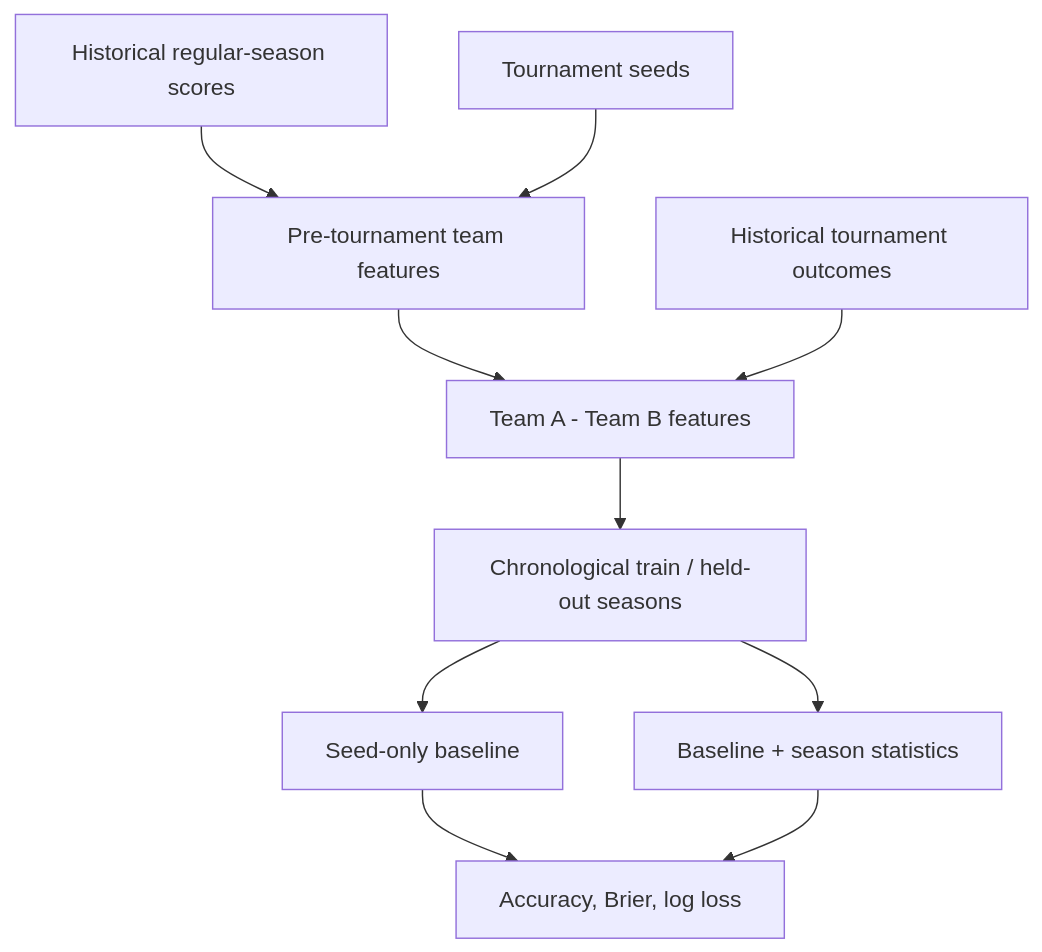
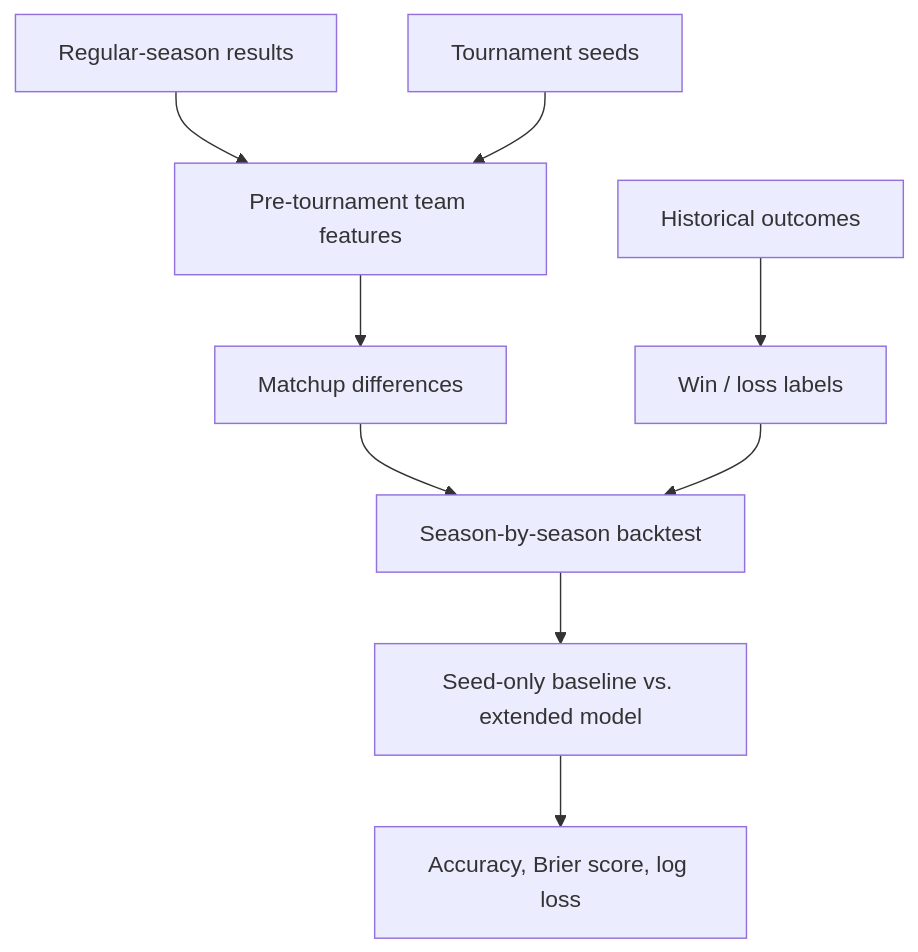
The diagram in README.md (Nick-D-Hanson/march-madness-model-lab), drawn with Mermaid before and after one commit. The commit also changed other lines of this file, not shown here.

````diff
--- a/README.md
+++ b/README.md
@@ -58,12 +24,11 @@
 ```mermaid
 flowchart TD
-    A["Historical regular-season scores"] --> D["Pre-tournament team features"]
-    B["Tournament seeds"] --> D
-    D --> E["Team A - Team B features"]
-    C["Historical tournament outcomes"] --> E
-    E --> F["Chronological train / held-out seasons"]
-    F --> G["Seed-only baseline"]
-    F --> H["Baseline + season statistics"]
-    G --> I["Accuracy, Brier, log loss"]
-    H --> I
+  A[Regular-season results] --> C[Pre-tournament team features]
+  B[Tournament seeds] --> C
+  C --> D[Matchup differences]
+  E[Historical outcomes] --> F[Win / loss labels]
+  D --> G[Season-by-season backtest]
+  F --> G
+  G --> H[Seed-only baseline vs. extended model]
+  H --> I[Accuracy, Brier score, log loss]
 ```
````
